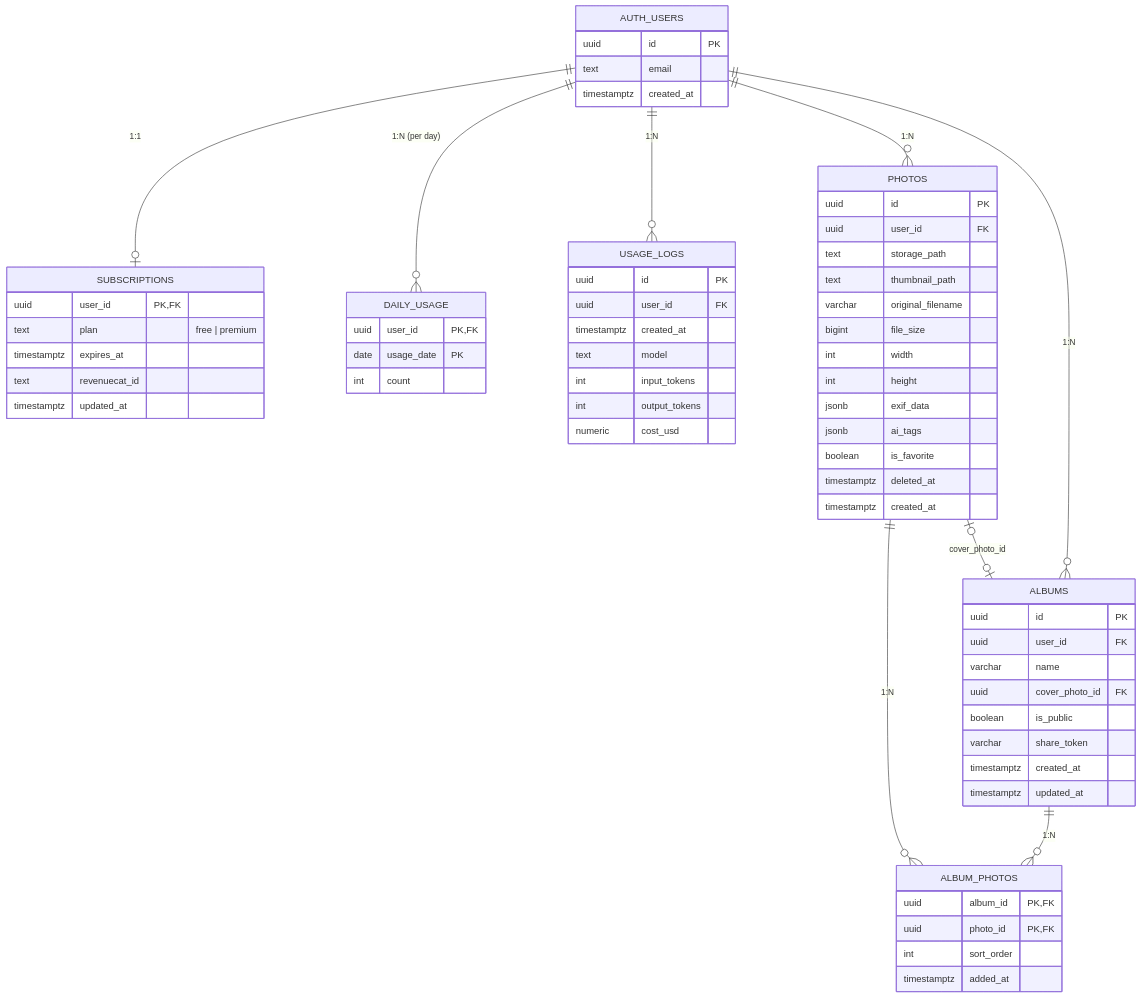
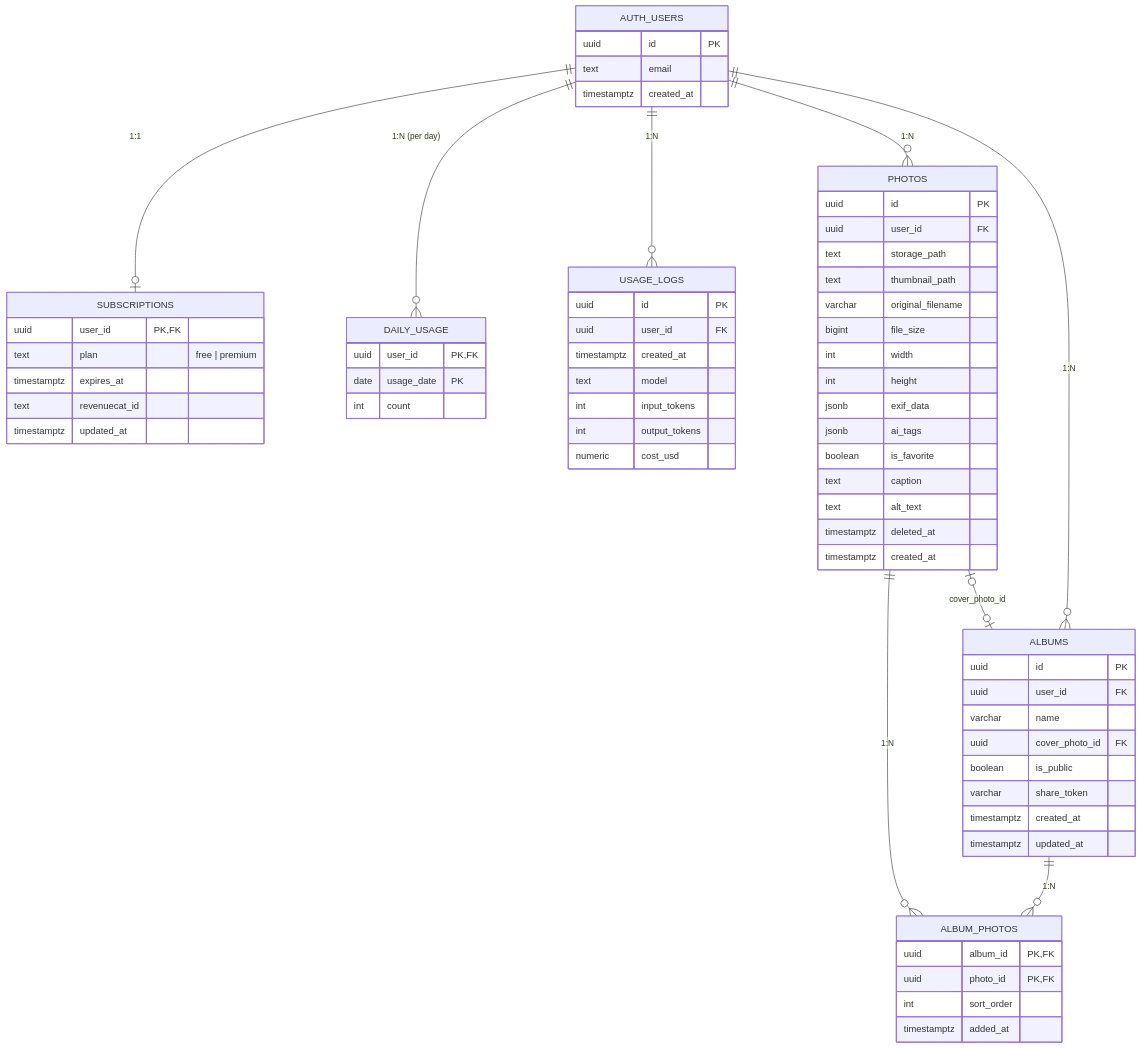
The diagram in docs/er-diagram.md (blackcats-lab/daiary), drawn with Mermaid before and after one commit. The commit also changed other lines of this file and 3 other files, not shown here.

First line of the commit message:
feat(functions): photos に caption / alt_text を追加

````diff
--- a/docs/er-diagram.md
+++ b/docs/er-diagram.md
@@ -3,75 +3,77 @@
 ```mermaid
 erDiagram
     AUTH_USERS ||--o| SUBSCRIPTIONS : "1:1"
     AUTH_USERS ||--o{ DAILY_USAGE : "1:N (per day)"
     AUTH_USERS ||--o{ USAGE_LOGS : "1:N"
     AUTH_USERS ||--o{ PHOTOS : "1:N"
     AUTH_USERS ||--o{ ALBUMS : "1:N"
     PHOTOS ||--o{ ALBUM_PHOTOS : "1:N"
     ALBUMS ||--o{ ALBUM_PHOTOS : "1:N"
     PHOTOS |o--o| ALBUMS : "cover_photo_id"
 
     AUTH_USERS {
       uuid id PK
       text email
       timestamptz created_at
     }
 
     SUBSCRIPTIONS {
       uuid user_id PK,FK
       text plan "free | premium"
       timestamptz expires_at
       text revenuecat_id
       timestamptz updated_at
     }
 
     DAILY_USAGE {
       uuid user_id PK,FK
       date usage_date PK
       int count
     }
 
     USAGE_LOGS {
       uuid id PK
       uuid user_id FK
       timestamptz created_at
       text model
       int input_tokens
       int output_tokens
       numeric cost_usd
     }
 
     PHOTOS {
       uuid id PK
       uuid user_id FK
       text storage_path
       text thumbnail_path
       varchar original_filename
       bigint file_size
       int width
       int height
       jsonb exif_data
       jsonb ai_tags
       boolean is_favorite
+      text caption
+      text alt_text
       timestamptz deleted_at
       timestamptz created_at
     }
 
     ALBUMS {
       uuid id PK
       uuid user_id FK
       varchar name
       uuid cover_photo_id FK
       boolean is_public
       varchar share_token
       timestamptz created_at
       timestamptz updated_at
     }
 
     ALBUM_PHOTOS {
       uuid album_id PK,FK
       uuid photo_id PK,FK
       int sort_order
       timestamptz added_at
     }
 ```
````
